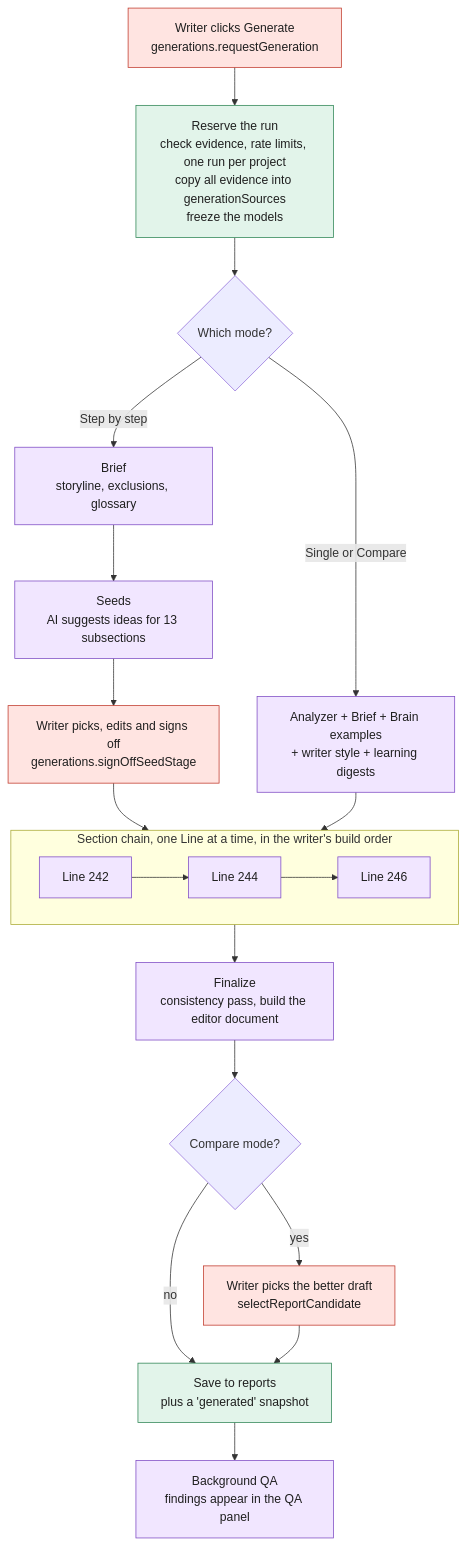
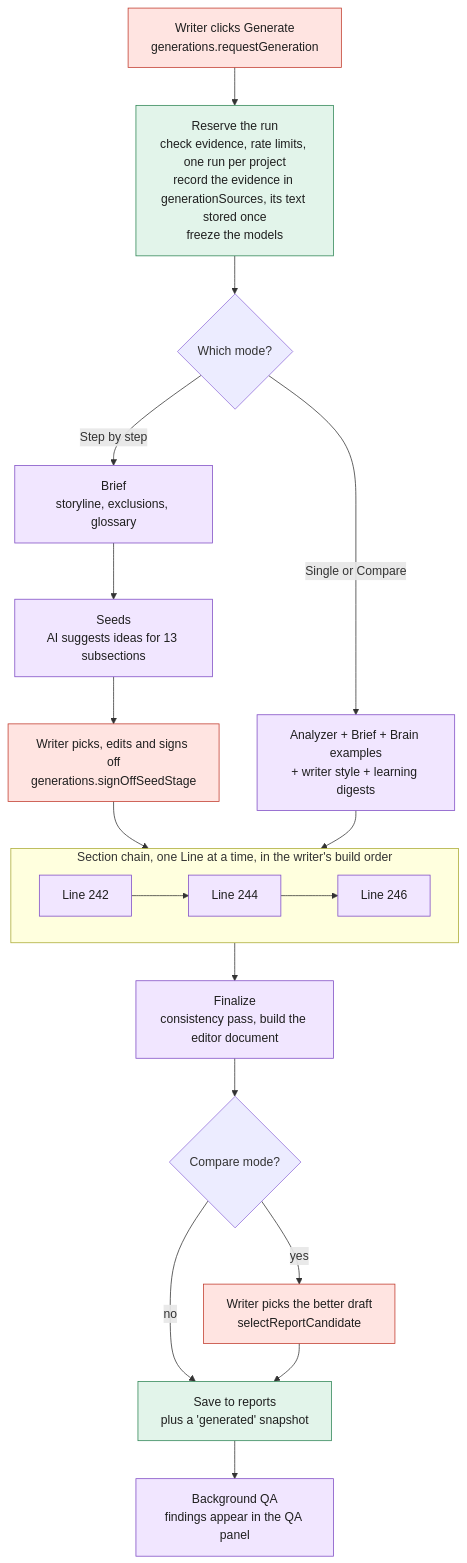
The seventh of 12 diagrams in docs/architecture.md (Choquer-agency/Banhall), drawn with Mermaid before and after one commit. The commit also changed other lines of this file and 15 other files, not shown here.

First line of the commit message:
Freeze new drafts as references to stored text, written once and reused

````diff
--- a/docs/architecture.md
+++ b/docs/architecture.md
@@ -351,32 +351,32 @@
 ```mermaid
 flowchart TD
   classDef server fill:#E2F4EA,stroke:#2E8555,color:#1F1F1F
   classDef ai fill:#F1E6FF,stroke:#7E4BC4,color:#1F1F1F
   classDef human fill:#FFE4E1,stroke:#C0392B,color:#1F1F1F
 
   start["Writer clicks Generate<br/>generations.requestGeneration"]:::human
-  reserve["Reserve the run<br/>check evidence, rate limits, one run per project<br/>copy all evidence into generationSources<br/>freeze the models"]:::server
+  reserve["Reserve the run<br/>check evidence, rate limits, one run per project<br/>record the evidence in generationSources, its text stored once<br/>freeze the models"]:::server
   mode{"Which mode?"}
 
   start --> reserve --> mode
 
   mode -- "Step by step" --> brief1["Brief<br/>storyline, exclusions, glossary"]:::ai
   brief1 --> seeds["Seeds<br/>AI suggests ideas for 13 subsections"]:::ai
   seeds --> signoff["Writer picks, edits and signs off<br/>generations.signOffSeedStage"]:::human
   signoff --> chain
 
   mode -- "Single or Compare" --> prep["Analyzer + Brief + Brain examples<br/>+ writer style + learning digests"]:::ai
   prep --> chain
 
   subgraph chain["Section chain, one Line at a time, in the writer's build order"]
     direction LR
     l242["Line 242"]:::ai --> l244["Line 244"]:::ai --> l246["Line 246"]:::ai
   end
 
   chain --> finalize["Finalize<br/>consistency pass, build the editor document"]:::ai
   finalize --> pick{"Compare mode?"}
   pick -- "yes" --> choose["Writer picks the better draft<br/>selectReportCandidate"]:::human
   pick -- "no" --> save
   choose --> save["Save to reports<br/>plus a 'generated' snapshot"]:::server
   save --> qa["Background QA<br/>findings appear in the QA panel"]:::ai
 ```
````
